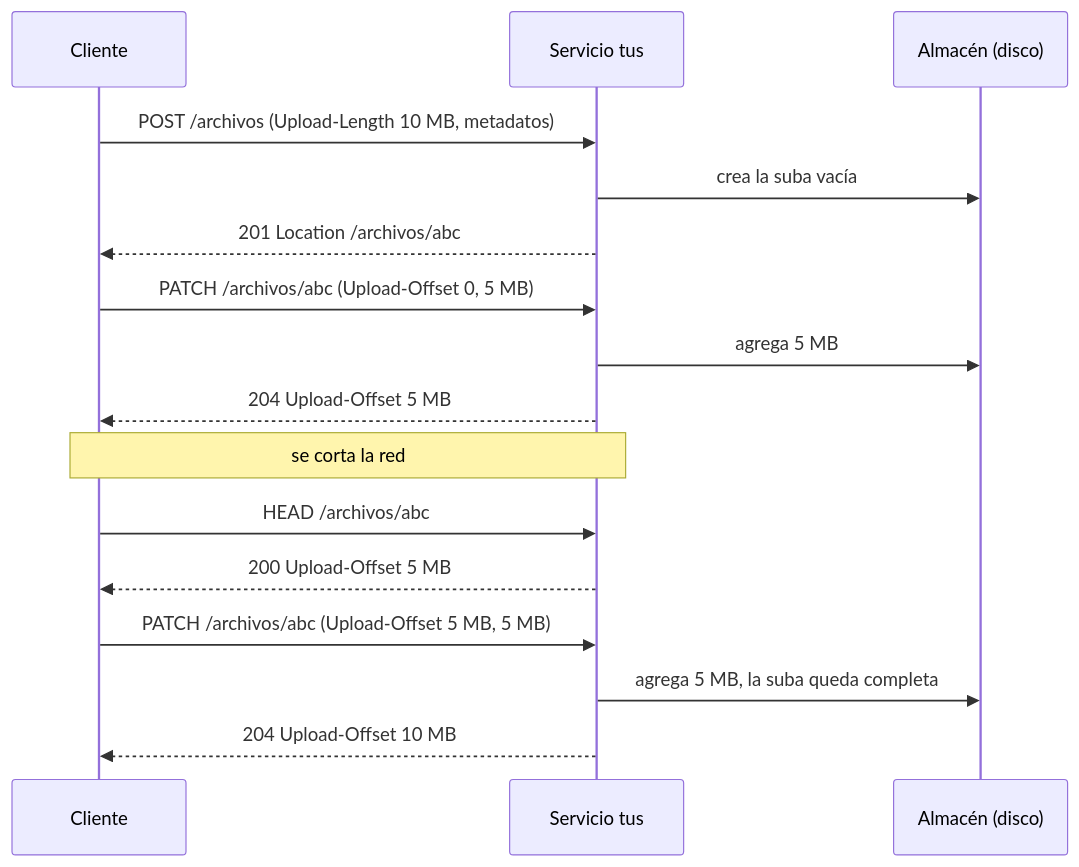
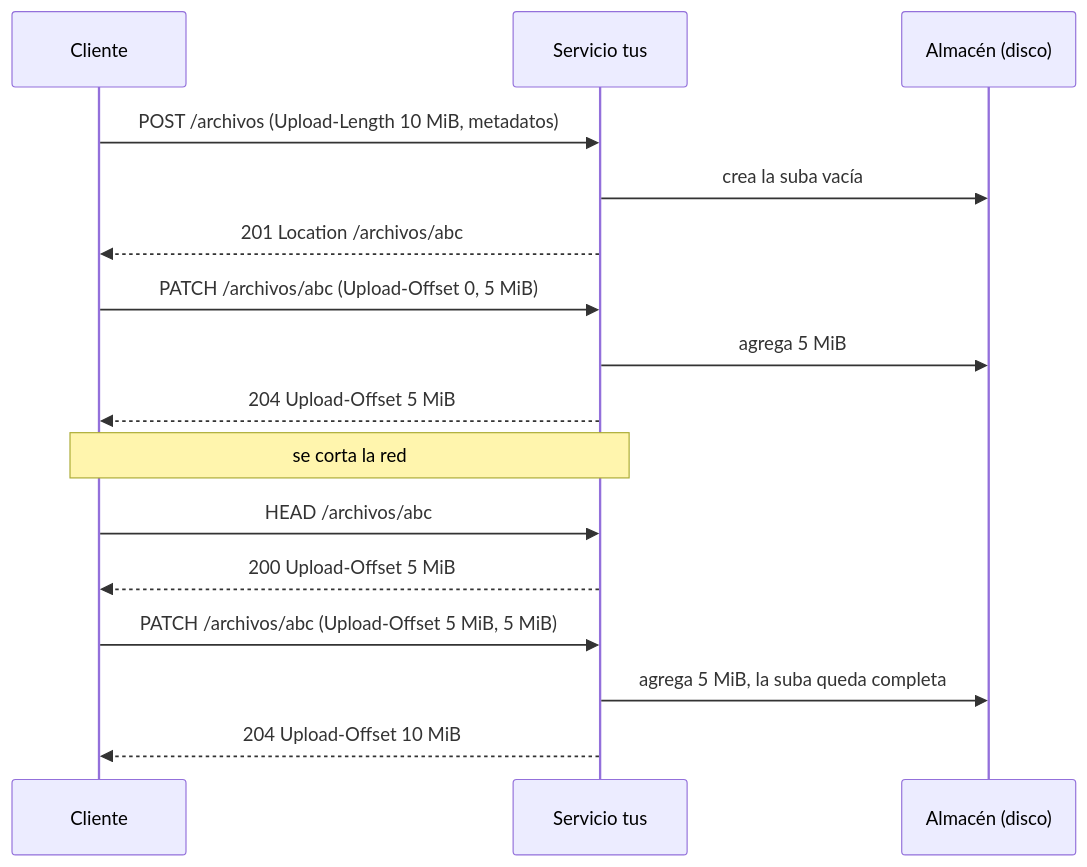
Before and after one commit to hdcm-dev/Lab-Documentos: the diagram in Guides/Media-File/Tus-Service/Tus-Net-Service-Devel-Guide.md, drawn with Mermaid. The commit also changed other lines of this file and 15 other files, not shown here.

````diff
--- a/Guides/Media-File/Tus-Service/Tus-Net-Service-Devel-Guide.md
+++ b/Guides/Media-File/Tus-Service/Tus-Net-Service-Devel-Guide.md
@@ -123,18 +185,18 @@
 ```mermaid
 sequenceDiagram
     participant C as Cliente
     participant S as Servicio tus
     participant A as Almacén (disco)
-    C->>S: POST /archivos (Upload-Length 10 MB, metadatos)
+    C->>S: POST /archivos (Upload-Length 10 MiB, metadatos)
     S->>A: crea la suba vacía
     S-->>C: 201 Location /archivos/abc
-    C->>S: PATCH /archivos/abc (Upload-Offset 0, 5 MB)
-    S->>A: agrega 5 MB
-    S-->>C: 204 Upload-Offset 5 MB
+    C->>S: PATCH /archivos/abc (Upload-Offset 0, 5 MiB)
+    S->>A: agrega 5 MiB
+    S-->>C: 204 Upload-Offset 5 MiB
     Note over C,S: se corta la red
     C->>S: HEAD /archivos/abc
-    S-->>C: 200 Upload-Offset 5 MB
-    C->>S: PATCH /archivos/abc (Upload-Offset 5 MB, 5 MB)
-    S->>A: agrega 5 MB, la suba queda completa
-    S-->>C: 204 Upload-Offset 10 MB
+    S-->>C: 200 Upload-Offset 5 MiB
+    C->>S: PATCH /archivos/abc (Upload-Offset 5 MiB, 5 MiB)
+    S->>A: agrega 5 MiB, la suba queda completa
+    S-->>C: 204 Upload-Offset 10 MiB
 ```
````
